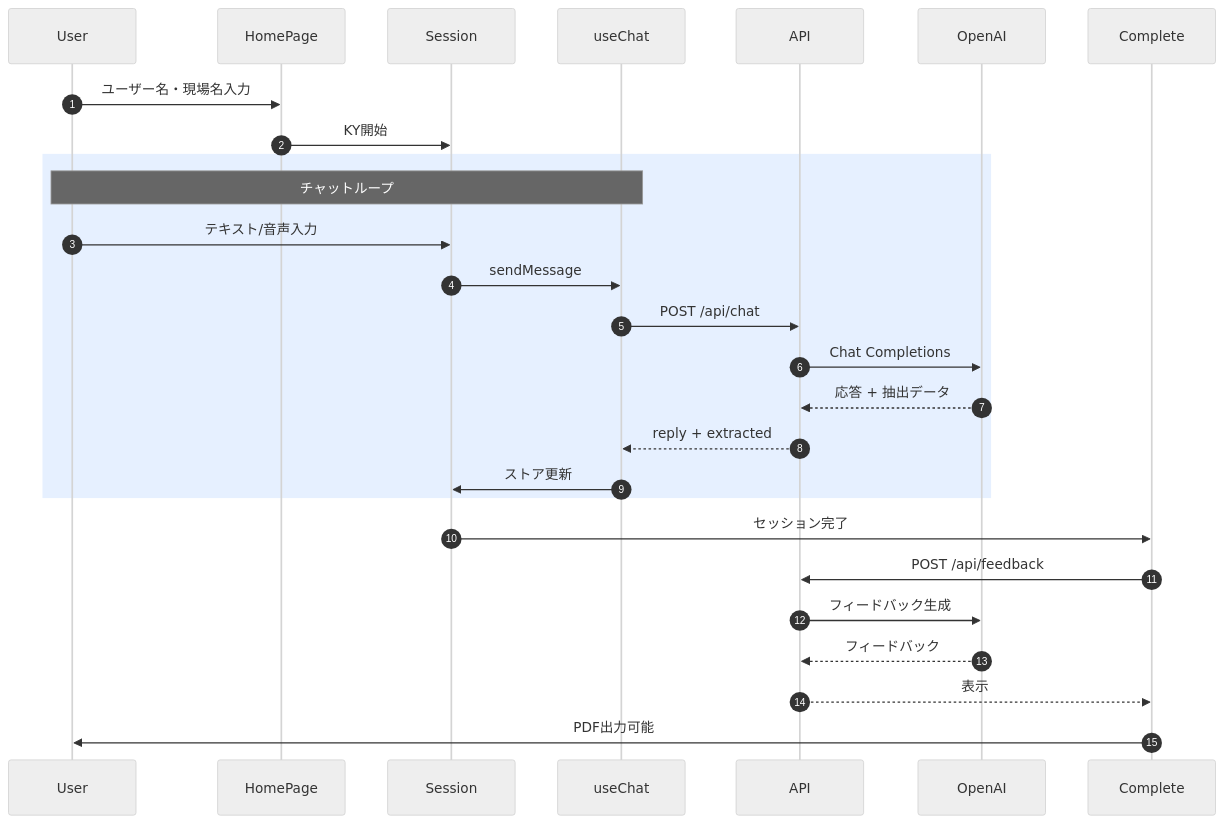
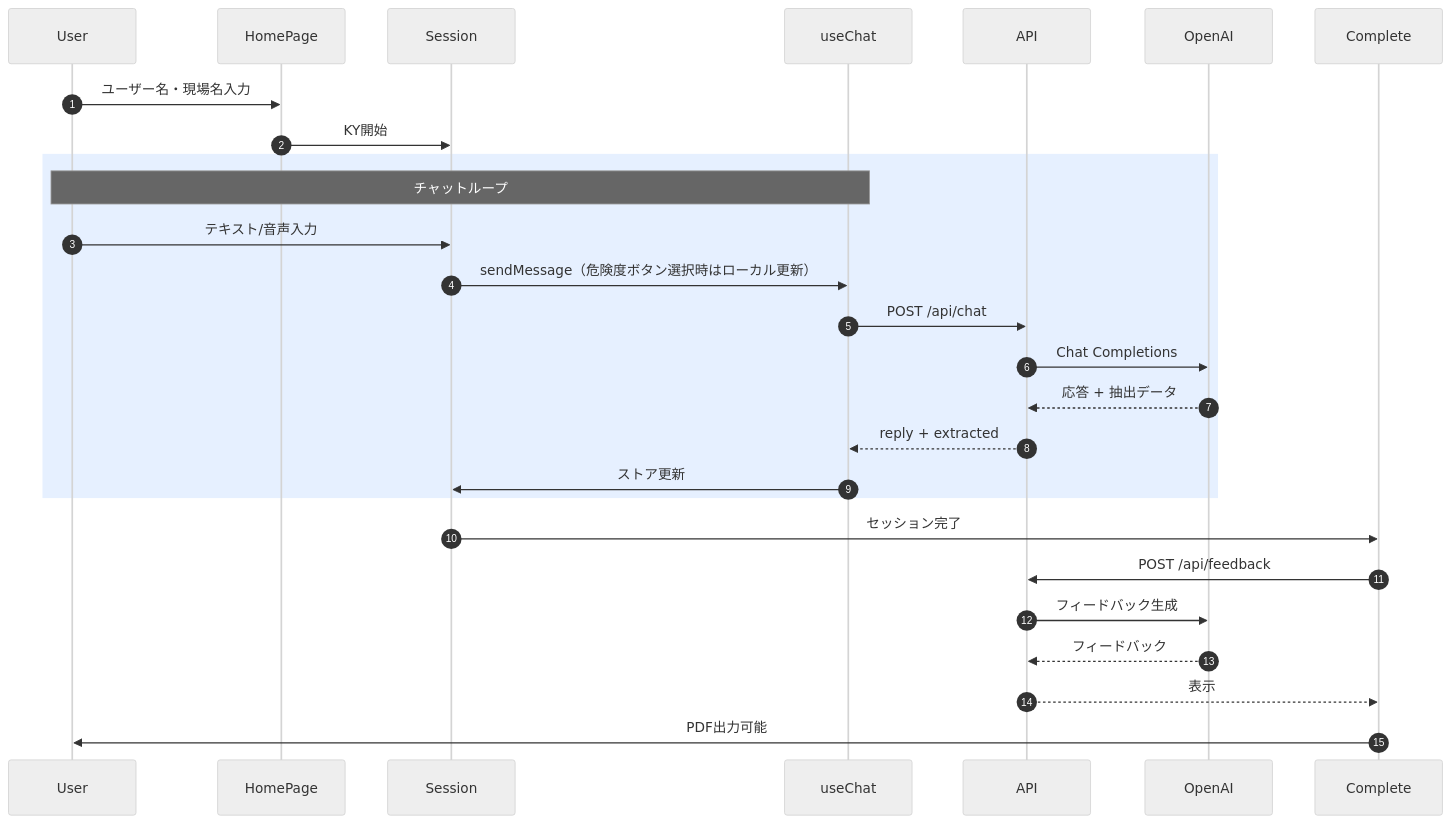
Before and after one commit to Ibar-Aki/solar-aldrin: the seventh of 16 diagrams in apps/v2-modern/docs/00_overview/00_Master_Technical_Reference.md, drawn with Mermaid (neutral theme). The commit also changed other lines of this file and 4 other files, not shown here.

````diff
--- a/apps/v2-modern/docs/00_overview/00_Master_Technical_Reference.md
+++ b/apps/v2-modern/docs/00_overview/00_Master_Technical_Reference.md
@@ -560,32 +568,32 @@
 ```mermaid
 sequenceDiagram
     autonumber
     participant User
     participant HomePage
     participant Session
     participant useChat
     participant API
     participant OpenAI
     participant Complete
 
     User->>HomePage: ユーザー名・現場名入力
     HomePage->>Session: KY開始
     
     rect rgb(230, 240, 255)
         Note over User, useChat: チャットループ
         User->>Session: テキスト/音声入力
-        Session->>useChat: sendMessage
+        Session->>useChat: sendMessage（危険度ボタン選択時はローカル更新）
         useChat->>API: POST /api/chat
         API->>OpenAI: Chat Completions
         OpenAI-->>API: 応答 + 抽出データ
         API-->>useChat: reply + extracted
         useChat->>Session: ストア更新
     end
 
     Session->>Complete: セッション完了
     Complete->>API: POST /api/feedback
     API->>OpenAI: フィードバック生成
     OpenAI-->>API: フィードバック
     API-->>Complete: 表示
     Complete->>User: PDF出力可能
 ```
````
